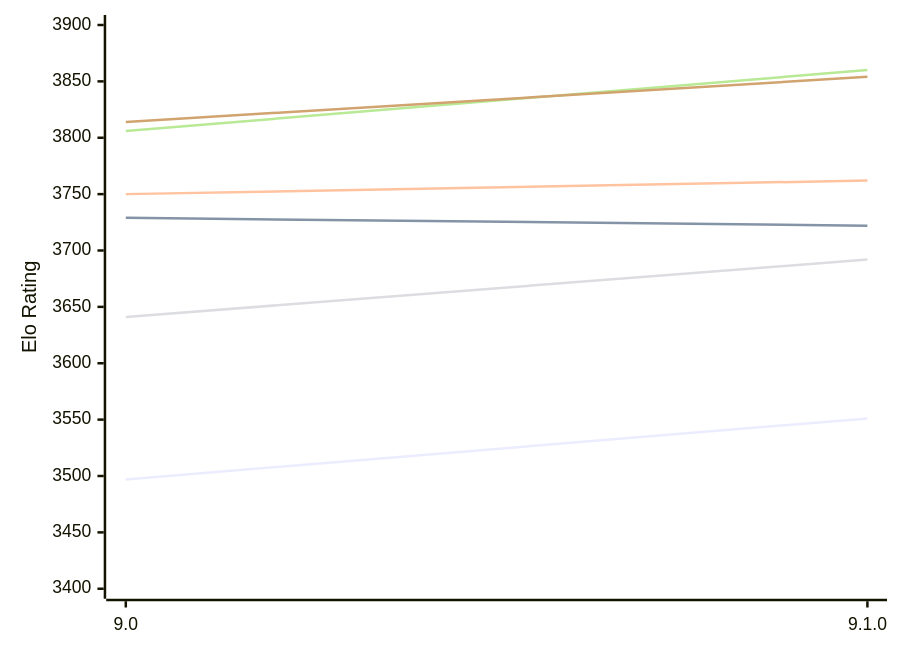
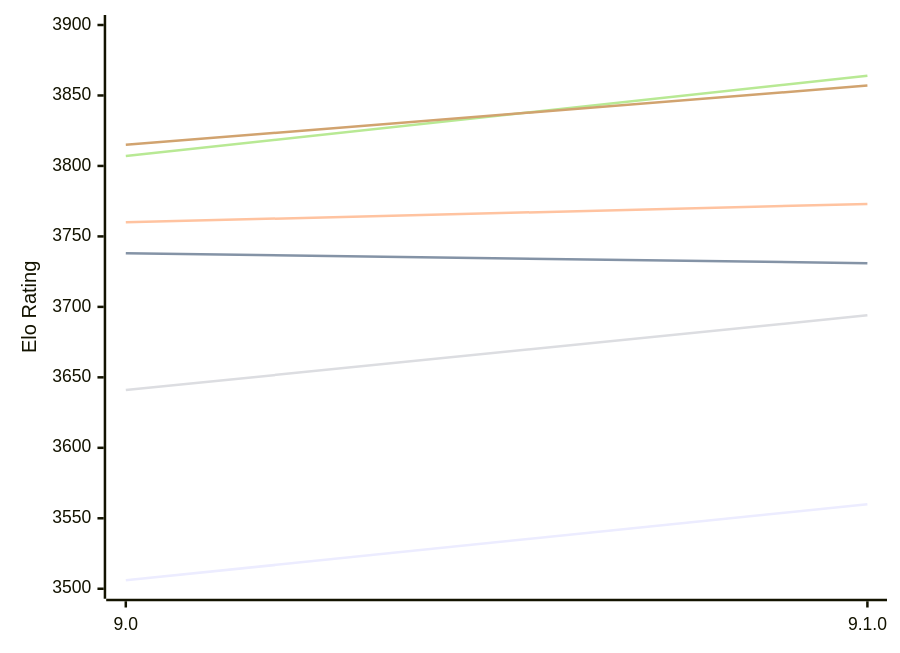
Before and after one commit to computer-chess-index/cci: the first of 2 diagrams in engines/Alexandria.md, drawn with Mermaid. The commit also changed other lines of this file, not shown here.

Commit message:
Update CCI Ratings (ELO VLTC) - 2026-11-07

````diff
--- a/engines/Alexandria.md
+++ b/engines/Alexandria.md
@@ -54,12 +54,12 @@
 ```mermaid
 %%{init: {"theme":"base","themeVariables":{"seriesColors:['#a3a3a3','#222221','#faa371']}}}%%
 xychart-beta
   x-axis ["9.0", "9.1.0"]
-  y-axis "Elo Rating" 3400 --> 3900
-  line "E1: STC (8.0+0.08s)" [3497, 3551]
-  line "E1: LTC (60.0+0.60s)" [3729, 3722]
-  line "E1: VLTC (2m24s+1.12s)" [3750, 3762]
-  line "P1: STC (8.0+0.08s)" [3641, 3692]
-  line "P1: LTC (60.0+0.60s)" [3806, 3860]
-  line "P1: VLTC (2m24s+1.12s)" [3814, 3854]
+  y-axis "Elo Rating" 3500 --> 3900
+  line "E1: STC (8.0+0.08s)" [3506, 3560]
+  line "E1: LTC (60.0+0.60s)" [3738, 3731]
+  line "E1: VLTC (2m24s+1.12s)" [3760, 3773]
+  line "P1: STC (8.0+0.08s)" [3641, 3694]
+  line "P1: LTC (60.0+0.60s)" [3807, 3864]
+  line "P1: VLTC (2m24s+1.12s)" [3815, 3857]
 ```
````
